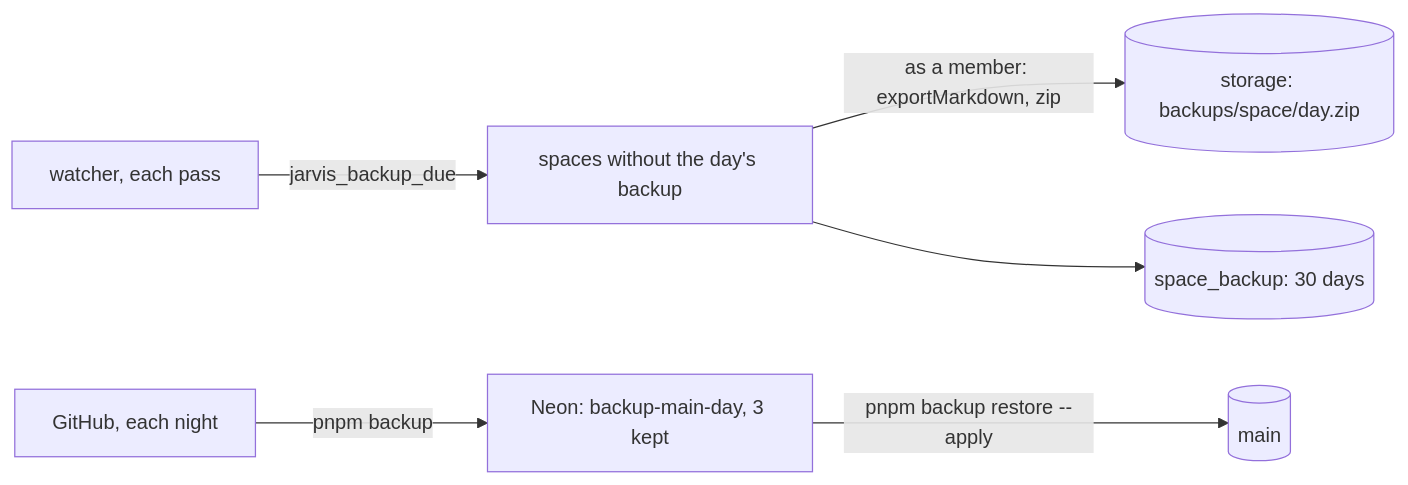
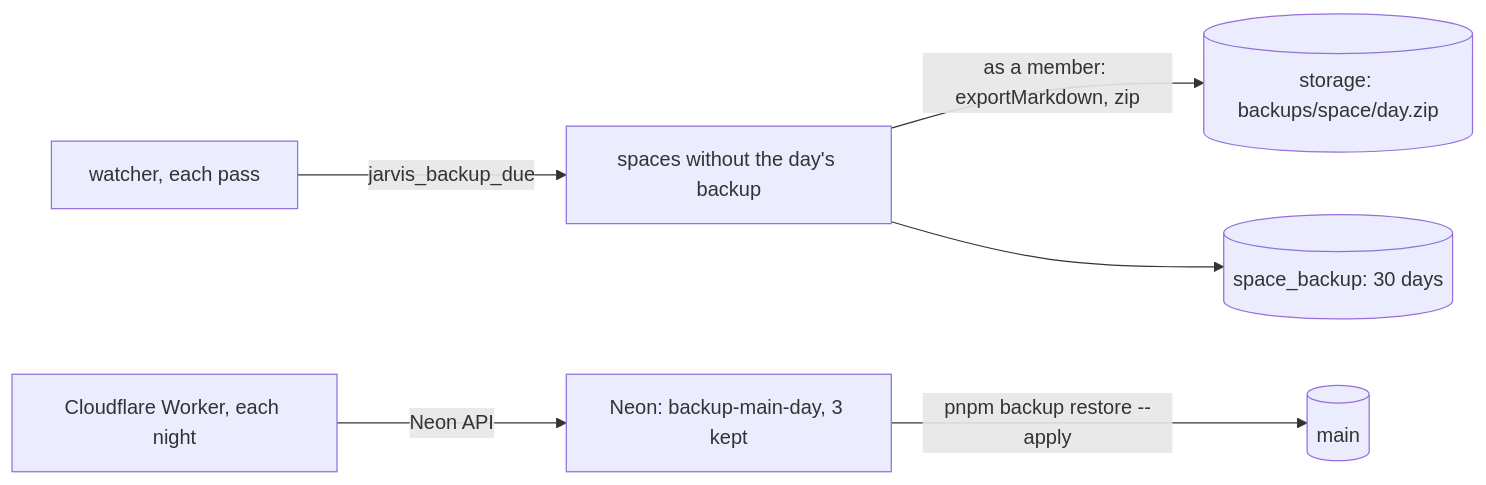
One commit to Jean-claude21/jarvis-os changed diagram 11 of 14 in docs/ARCHITECTURE.md. Above: the diagram before and after it, drawn with Mermaid. The commit also changed other lines of this file and 19 other files, not shown here.

First line of the commit message:
feat(025): sign-in connectors, Discover, and the nightly backup on Cloudflare

````diff
--- a/docs/ARCHITECTURE.md
+++ b/docs/ARCHITECTURE.md
@@ -311,8 +312,8 @@
 ```mermaid
 flowchart LR
   W[watcher, each pass] -->|jarvis_backup_due| S[spaces without the day's backup]
   S -->|as a member: exportMarkdown, zip| B[(storage: backups/space/day.zip)]
   S --> R[(space_backup: 30 days)]
-  G[GitHub, each night] -->|pnpm backup| N[Neon: backup-main-day, 3 kept]
+  G[Cloudflare Worker, each night] -->|Neon API| N[Neon: backup-main-day, 3 kept]
   N -->|pnpm backup restore --apply| M[(main)]
 ```
````
